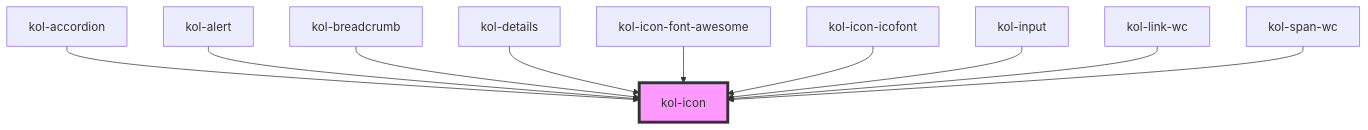
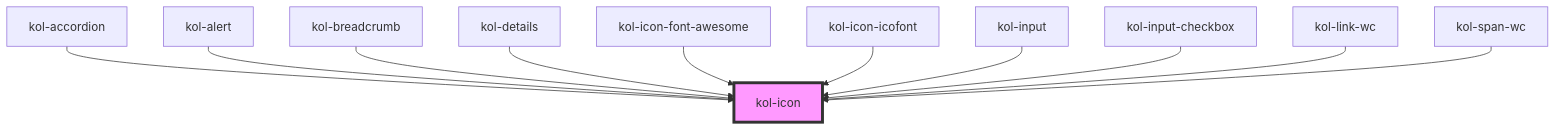
The diagram in packages/library/src/components/icon/readme.md (public-ui/kolibri), drawn with Mermaid before and after one commit. The commit also changed other lines of this file and 153 other files, not shown here.

````diff
--- a/packages/library/src/components/icon/readme.md
+++ b/packages/library/src/components/icon/readme.md
@@ -63,13 +64,14 @@
 ```mermaid
 graph TD;
   kol-accordion --> kol-icon
   kol-alert --> kol-icon
   kol-breadcrumb --> kol-icon
   kol-details --> kol-icon
   kol-icon-font-awesome --> kol-icon
   kol-icon-icofont --> kol-icon
   kol-input --> kol-icon
+  kol-input-checkbox --> kol-icon
   kol-link-wc --> kol-icon
   kol-span-wc --> kol-icon
   style kol-icon fill:#f9f,stroke:#333,stroke-width:4px
 ```
````
